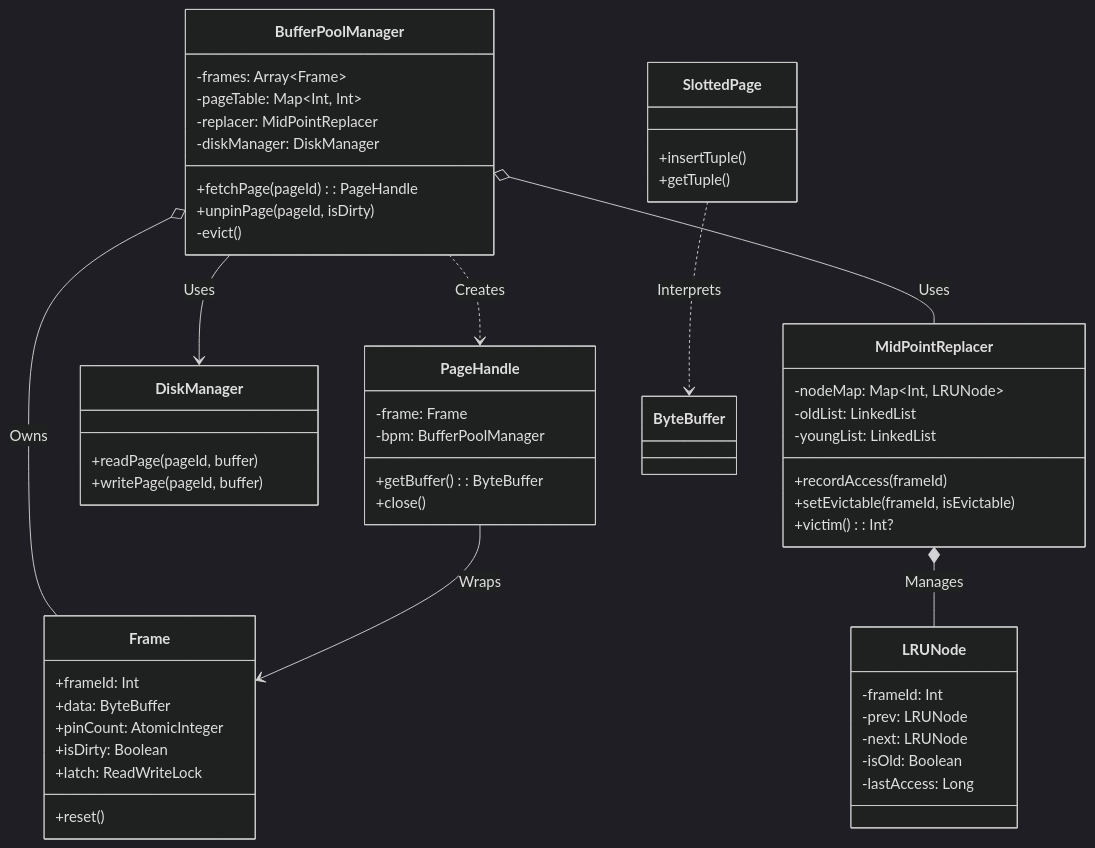
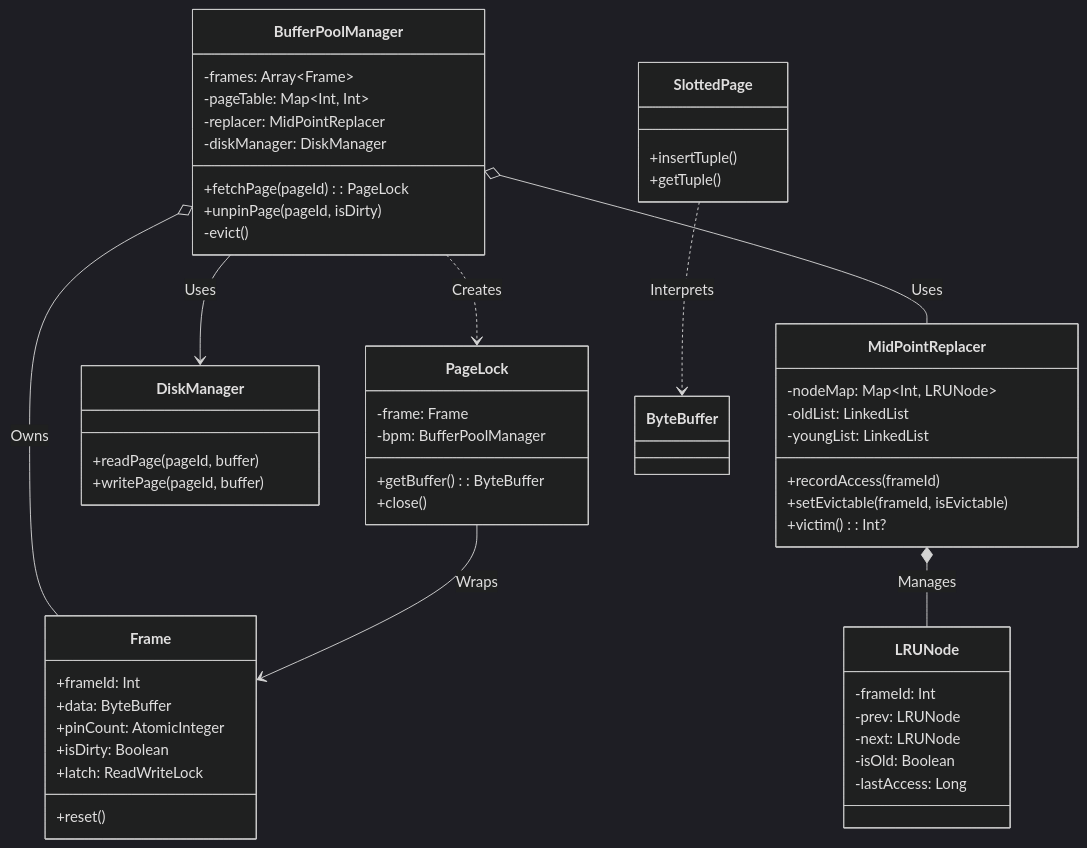
The diagram in src/main/kotlin/storageEngine/diagram.md (HJinS/jsDB), drawn with Mermaid (dark theme) before and after one commit. The commit also changed 5 other files, not shown here.

Commit message:
PageHandle -> PageLock 용어 변경 및 기능 추가

````diff
--- a/src/main/kotlin/storageEngine/diagram.md
+++ b/src/main/kotlin/storageEngine/diagram.md
@@ -1,70 +1,70 @@
 ```mermaid
 
 classDiagram
     %% 1. 정책 계층 (Policy Layer)
     class LRUNode {
         -frameId: Int
         -prev: LRUNode
         -next: LRUNode
         -isOld: Boolean
         -lastAccess: Long
     }
 
     class MidPointReplacer {
         -nodeMap: Map~Int, LRUNode~
         -oldList: LinkedList
         -youngList: LinkedList
         +recordAccess(frameId)
         +setEvictable(frameId, isEvictable)
         +victim(): Int?
     }
 
     %% 2. 자원 계층 (Resource Layer)
     class Frame {
         +frameId: Int
         +data: ByteBuffer
         +pinCount: AtomicInteger
         +isDirty: Boolean
         +latch: ReadWriteLock
         +reset()
     }
 
     class DiskManager {
         +readPage(pageId, buffer)
         +writePage(pageId, buffer)
     }
 
     %% 3. 관리 계층 (Management Layer)
     class BufferPoolManager {
         -frames: Array~Frame~
         -pageTable: Map~Int, Int~
         -replacer: MidPointReplacer
         -diskManager: DiskManager
-        +fetchPage(pageId): PageHandle
+        +fetchPage(pageId): PageLock
         +unpinPage(pageId, isDirty)
         -evict()
     }
 
     %% 4. 인터페이스 계층 (Access Layer)
-    class PageHandle {
+    class PageLock {
         -frame: Frame
         -bpm: BufferPoolManager
         +getBuffer(): ByteBuffer
         +close()
     }
 
     %% 5. 논리적 뷰 (View Layer)
     class SlottedPage {
         +insertTuple()
         +getTuple()
     }
 
     %% 관계
     MidPointReplacer *-- LRUNode : Manages
     BufferPoolManager o-- Frame : Owns
     BufferPoolManager o-- MidPointReplacer : Uses
     BufferPoolManager --> DiskManager : Uses
-    BufferPoolManager ..> PageHandle : Creates
-    PageHandle --> Frame : Wraps
+    BufferPoolManager ..> PageLock : Creates
+    PageLock --> Frame : Wraps
     SlottedPage ..> ByteBuffer : Interprets
 ```
````
